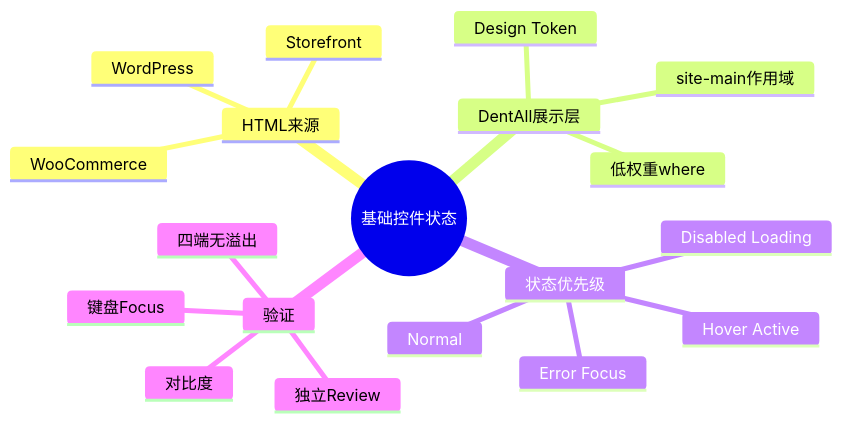
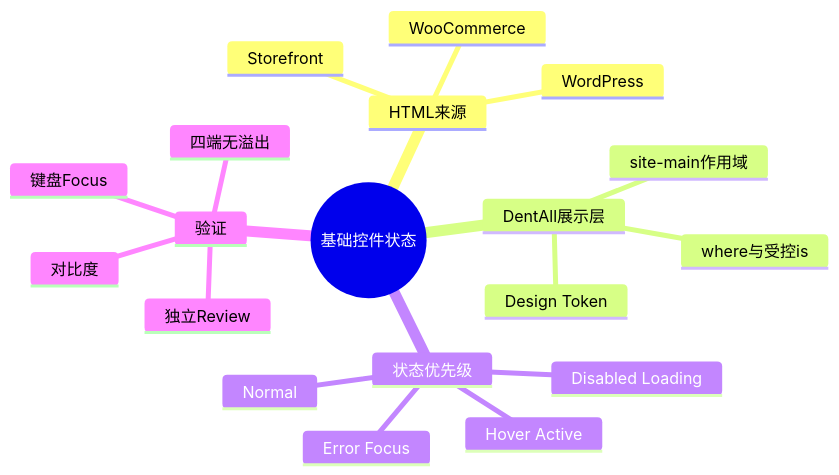
Before and after one commit to nicewangli/dentall: the first of 2 diagrams in project-docs/笔记/WordPress实战笔记/Day28-基础控件状态与CSS级联.md, drawn with Mermaid. The commit also changed other lines of this file and 3 other files, not shown here.

````diff
--- a/project-docs/笔记/WordPress实战笔记/Day28-基础控件状态与CSS级联.md
+++ b/project-docs/笔记/WordPress实战笔记/Day28-基础控件状态与CSS级联.md
@@ -62,22 +62,22 @@
 ```mermaid
 mindmap
   root((基础控件状态))
     HTML来源
       WordPress
       WooCommerce
       Storefront
     DentAll展示层
       Design Token
       site-main作用域
-      低权重where
+      where与受控is
     状态优先级
       Normal
       Hover Active
       Disabled Loading
       Error Focus
     验证
       四端无溢出
       键盘Focus
       对比度
       独立Review
 ```
````
